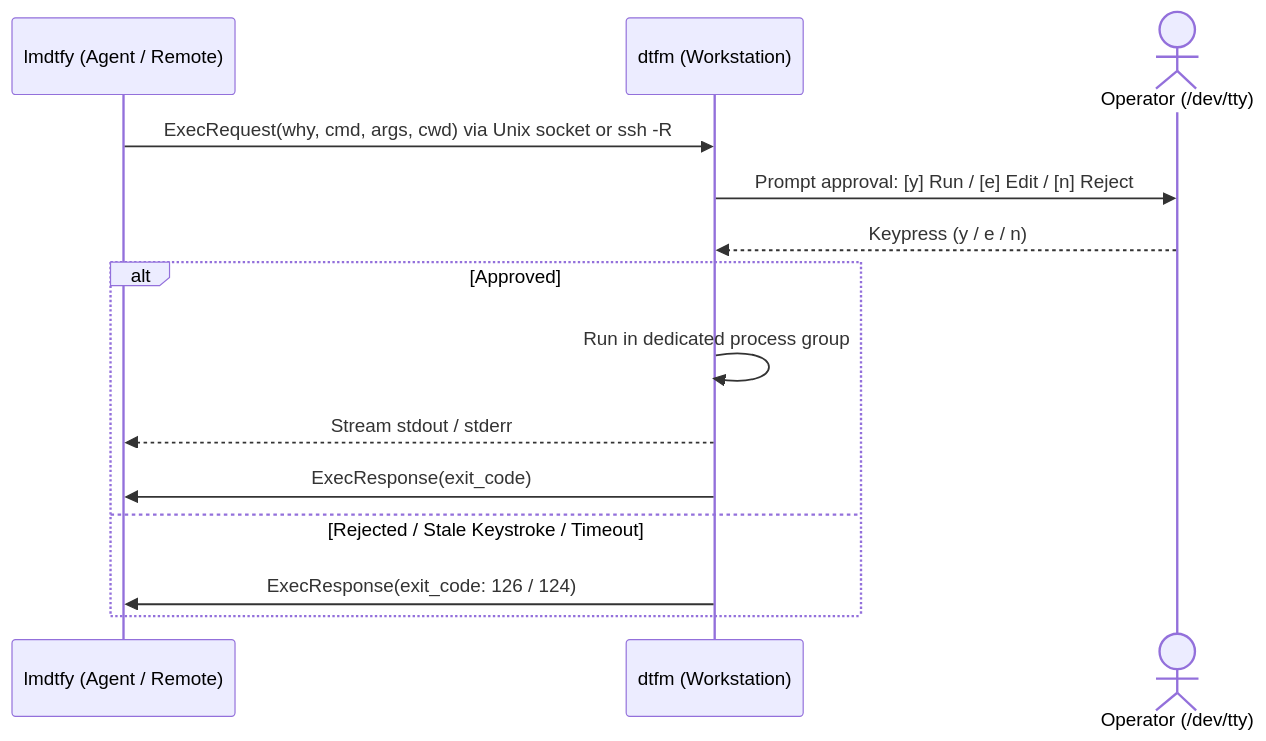
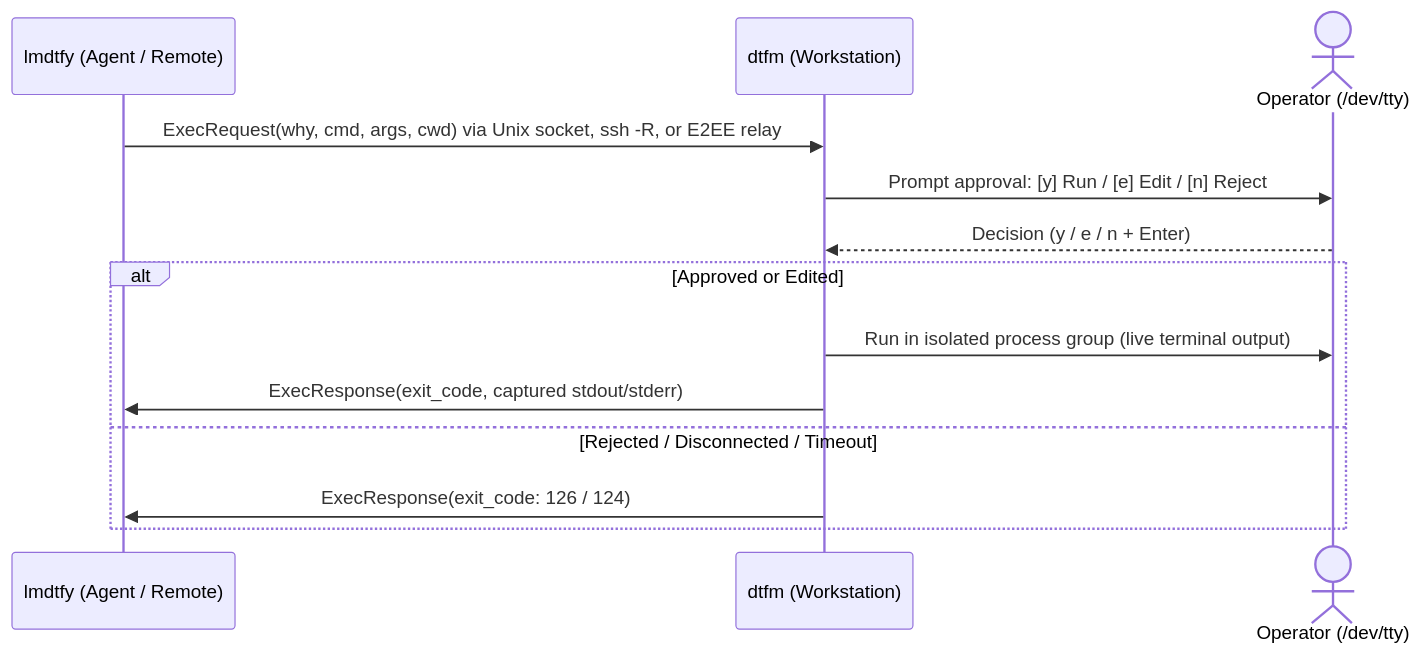
One commit to felix-stern/dtfm changed the diagram in README.md. Above: the diagram before and after it, drawn with Mermaid. The commit also changed other lines of this file, not shown here.

````diff
--- a/README.md
+++ b/README.md
@@ -25,17 +131,16 @@
 ```mermaid
 sequenceDiagram
     participant LMDTFY as lmdtfy (Agent / Remote)
     participant DTFM as dtfm (Workstation)
     actor Operator as Operator (/dev/tty)
 
-    LMDTFY->>DTFM: ExecRequest(why, cmd, args, cwd) via Unix socket or ssh -R
+    LMDTFY->>DTFM: ExecRequest(why, cmd, args, cwd) via Unix socket, ssh -R, or E2EE relay
     DTFM->>Operator: Prompt approval: [y] Run / [e] Edit / [n] Reject
-    Operator-->>DTFM: Keypress (y / e / n)
-    alt Approved
-        DTFM->>DTFM: Run in dedicated process group
-        DTFM-->>LMDTFY: Stream stdout / stderr
-        DTFM->>LMDTFY: ExecResponse(exit_code)
-    else Rejected / Stale Keystroke / Timeout
+    Operator-->>DTFM: Decision (y / e / n + Enter)
+    alt Approved or Edited
+        DTFM->>Operator: Run in isolated process group (live terminal output)
+        DTFM->>LMDTFY: ExecResponse(exit_code, captured stdout/stderr)
+    else Rejected / Disconnected / Timeout
         DTFM->>LMDTFY: ExecResponse(exit_code: 126 / 124)
     end
 ```
````
